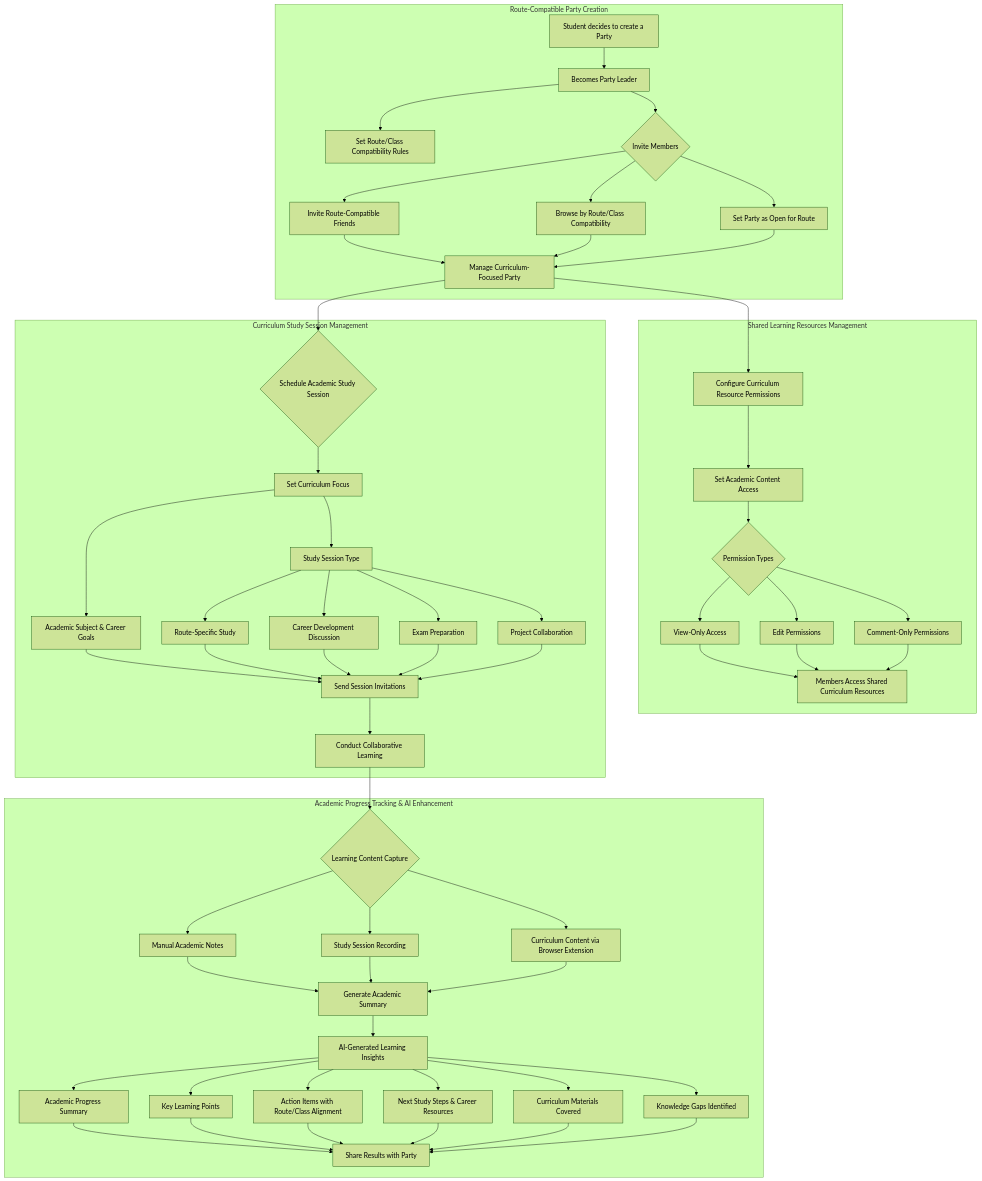
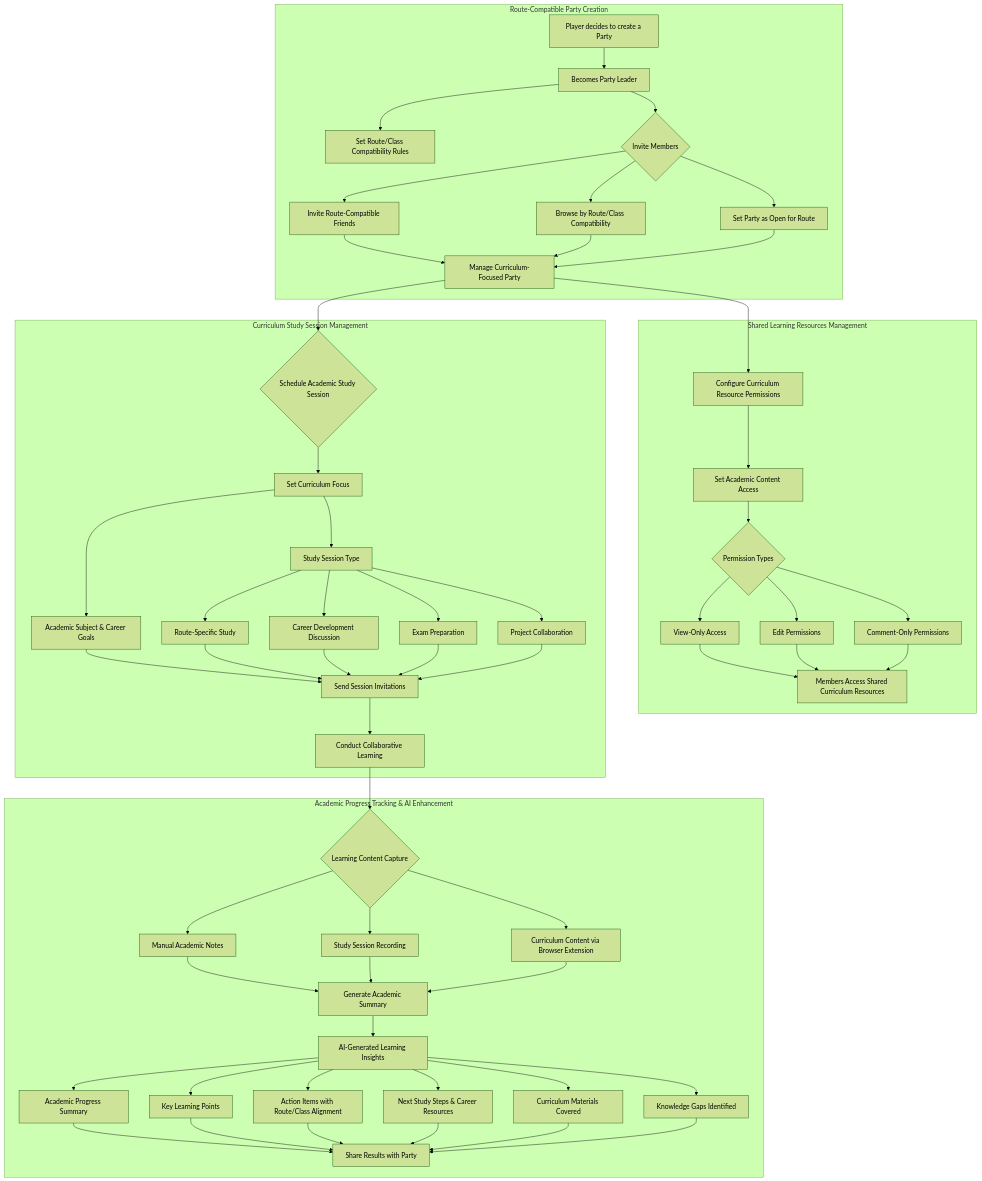
Before and after one commit to FA25SE050-RogueLearn/RogueLearn.BMAD.Documentation: the third of 4 diagrams in docs/prd/user-flows.md, drawn with Mermaid (forest theme). The commit also changed other lines of this file and 8 other files, not shown here.

First line of the commit message:
docs: update terminology from 'student' to 'player' in PRD files

````diff
--- a/docs/prd/user-flows.md
+++ b/docs/prd/user-flows.md
@@ -120,66 +120,66 @@
 ```mermaid
 graph TD
     subgraph "Route-Compatible Party Creation"
-        A[Student decides to create a Party] --> B[Becomes Party Leader];
+        A[Player decides to create a Party] --> B[Becomes Party Leader];
         B --> C[Set Route/Class Compatibility Rules];
         B --> D{Invite Members};
         D --> E[Invite Route-Compatible Friends];
         D --> F[Browse by Route/Class Compatibility];
         D --> G[Set Party as Open for Route];
         E --> H[Manage Curriculum-Focused Party];
         F --> H;
         G --> H;
     end
 
     subgraph "Shared Learning Resources Management"
         H --> I[Configure Curriculum Resource Permissions];
         I --> J[Set Academic Content Access];
         J --> K{Permission Types};
         K --> L[View-Only Access];
         K --> M[Edit Permissions];
         K --> N[Comment-Only Permissions];
         L --> O[Members Access Shared Curriculum Resources];
         M --> O;
         N --> O;
     end
 
     subgraph "Curriculum Study Session Management"
         H --> P{Schedule Academic Study Session};
         P --> Q[Set Curriculum Focus];
         Q --> Q1[Academic Subject & Career Goals];
         Q --> Q2[Study Session Type];
         Q2 --> Q3[Route-Specific Study];
         Q2 --> Q4[Career Development Discussion];
         Q2 --> Q5[Exam Preparation];
         Q2 --> Q6[Project Collaboration];
         Q1 --> R[Send Session Invitations];
         Q3 --> R;
         Q4 --> R;
         Q5 --> R;
         Q6 --> R;
         R --> S[Conduct Collaborative Learning];
     end
 
     subgraph "Academic Progress Tracking & AI Enhancement"
         S --> T{Learning Content Capture};
         T --> U[Manual Academic Notes];
         T --> V[Study Session Recording];
         T --> W[Curriculum Content via Browser Extension];
         U --> X[Generate Academic Summary];
         V --> X;
         W --> X;
         X --> Y[AI-Generated Learning Insights];
         Y --> Z[Academic Progress Summary];
         Y --> AA[Key Learning Points];
         Y --> BB[Action Items with Route/Class Alignment];
         Y --> CC[Next Study Steps & Career Resources];
         Y --> DD[Curriculum Materials Covered];
         Y --> EE[Knowledge Gaps Identified];
         Z --> FF[Share Results with Party];
         AA --> FF;
         BB --> FF;
         CC --> FF;
         DD --> FF;
         EE --> FF;
     end
 ```
````
